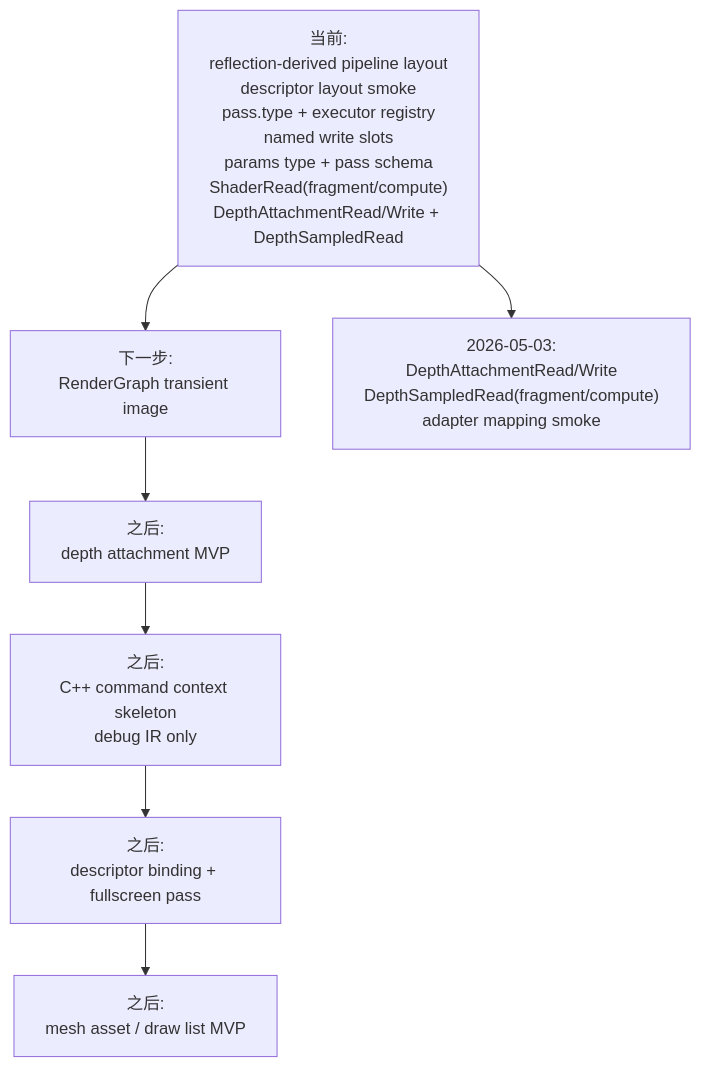
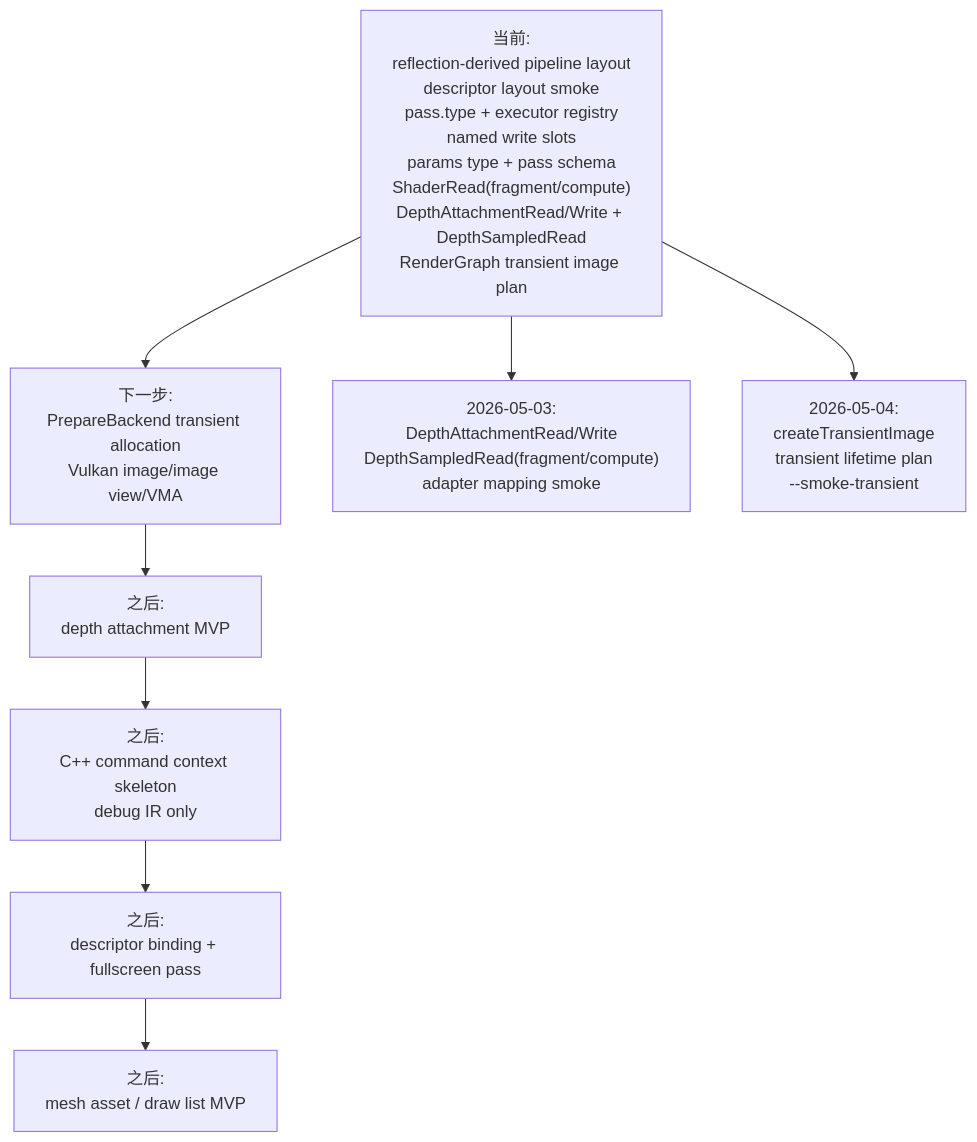
Before and after one commit to 66six11/Engine: diagram 11 of 11 in docs/flow-architecture.md, drawn with Mermaid. The commit also changed other lines of this file and 3 other files, not shown here.

Commit message:
feat: add render graph transient image plan

````diff
--- a/docs/flow-architecture.md
+++ b/docs/flow-architecture.md
@@ -349,14 +355,16 @@
 ```mermaid
 flowchart TD
-    Now["当前:<br/>reflection-derived pipeline layout<br/>descriptor layout smoke<br/>pass.type + executor registry<br/>named write slots<br/>params type + pass schema<br/>ShaderRead(fragment/compute)<br/>DepthAttachmentRead/Write + DepthSampledRead"]
-    Step1["下一步:<br/>RenderGraph transient image"]
+    Now["当前:<br/>reflection-derived pipeline layout<br/>descriptor layout smoke<br/>pass.type + executor registry<br/>named write slots<br/>params type + pass schema<br/>ShaderRead(fragment/compute)<br/>DepthAttachmentRead/Write + DepthSampledRead<br/>RenderGraph transient image plan"]
+    Step1["下一步:<br/>PrepareBackend transient allocation<br/>Vulkan image/image view/VMA"]
     Step2["之后:<br/>depth attachment MVP"]
     Step3["之后:<br/>C++ command context skeleton<br/>debug IR only"]
     Step4["之后:<br/>descriptor binding + fullscreen pass"]
     Step5["之后:<br/>mesh asset / draw list MVP"]
 
     Now --> Step1 --> Step2 --> Step3 --> Step4 --> Step5
 
     DepthStateUpdate["2026-05-03:<br/>DepthAttachmentRead/Write<br/>DepthSampledRead(fragment/compute)<br/>adapter mapping smoke"]
     Now --> DepthStateUpdate
+    TransientUpdate["2026-05-04:<br/>createTransientImage<br/>transient lifetime plan<br/>--smoke-transient"]
+    Now --> TransientUpdate
 ```
````
